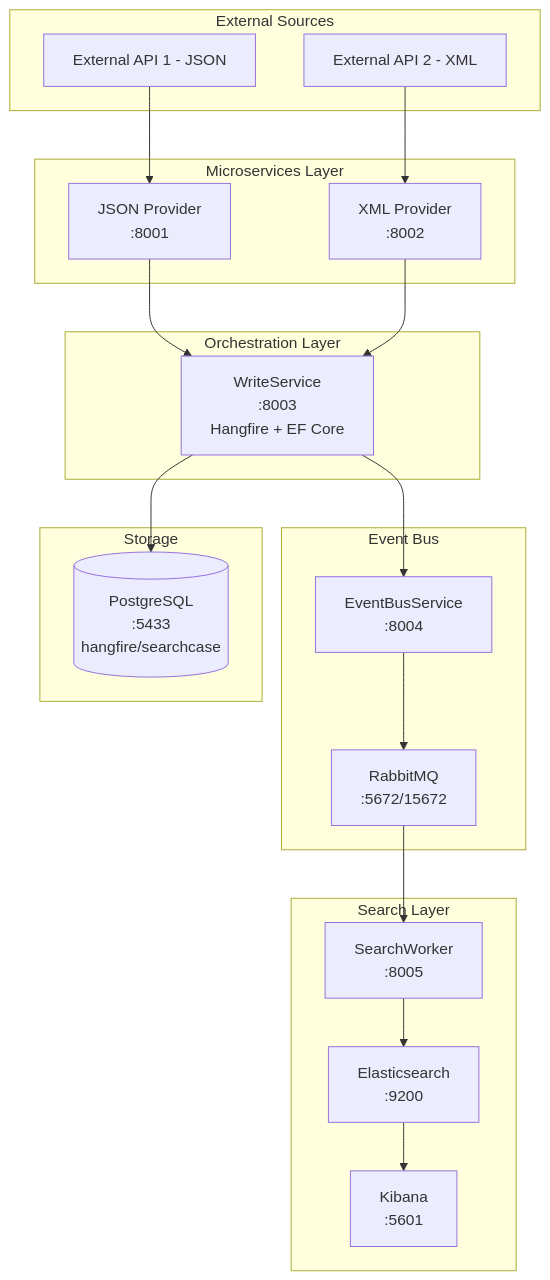
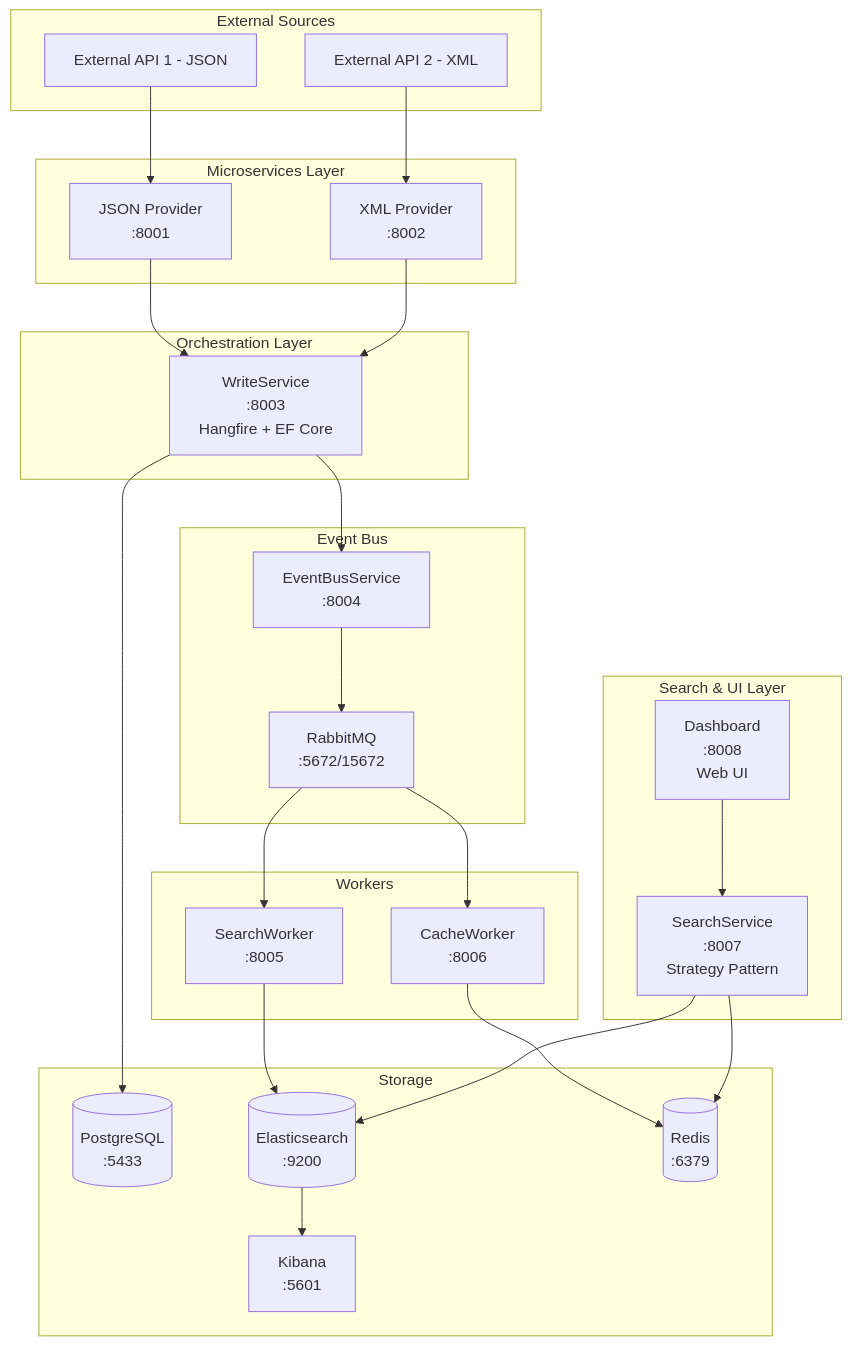
One commit to ofurkanuygur/search-case changed the diagram in README.md. Above: the diagram before and after it, drawn with Mermaid. The commit also changed other lines of this file, not shown here.

First line of the commit message:
docs: Complete README.md with architecture decisions and all services

````diff
--- a/README.md
+++ b/README.md
@@ -7,42 +7,54 @@
 ```mermaid
 graph TD
     subgraph External Sources
         API1[External API 1 - JSON]
         API2[External API 2 - XML]
     end
 
     subgraph Microservices Layer
         JP[JSON Provider<br/>:8001]
         XP[XML Provider<br/>:8002]
     end
 
     subgraph Orchestration Layer
         WS[WriteService<br/>:8003<br/>Hangfire + EF Core]
     end
 
     subgraph Event Bus
         EB[EventBusService<br/>:8004]
         RMQ[RabbitMQ<br/>:5672/15672]
     end
 
-    subgraph Search Layer
+    subgraph Workers
         SW[SearchWorker<br/>:8005]
-        ES[Elasticsearch<br/>:9200]
-        KB[Kibana<br/>:5601]
+        CW[CacheWorker<br/>:8006]
+    end
+
+    subgraph Search & UI Layer
+        SS[SearchService<br/>:8007<br/>Strategy Pattern]
+        DB[Dashboard<br/>:8008<br/>Web UI]
     end
 
     subgraph Storage
-        PG[(PostgreSQL<br/>:5433<br/>hangfire/searchcase)]
+        PG[(PostgreSQL<br/>:5433)]
+        ES[(Elasticsearch<br/>:9200)]
+        RD[(Redis<br/>:6379)]
+        KB[Kibana<br/>:5601]
     end
 
     API1 --> JP
     API2 --> XP
     JP --> WS
     XP --> WS
     WS --> PG
     WS --> EB
     EB --> RMQ
     RMQ --> SW
+    RMQ --> CW
     SW --> ES
+    CW --> RD
     ES --> KB
+    SS --> ES
+    SS --> RD
+    DB --> SS
 ```
````
